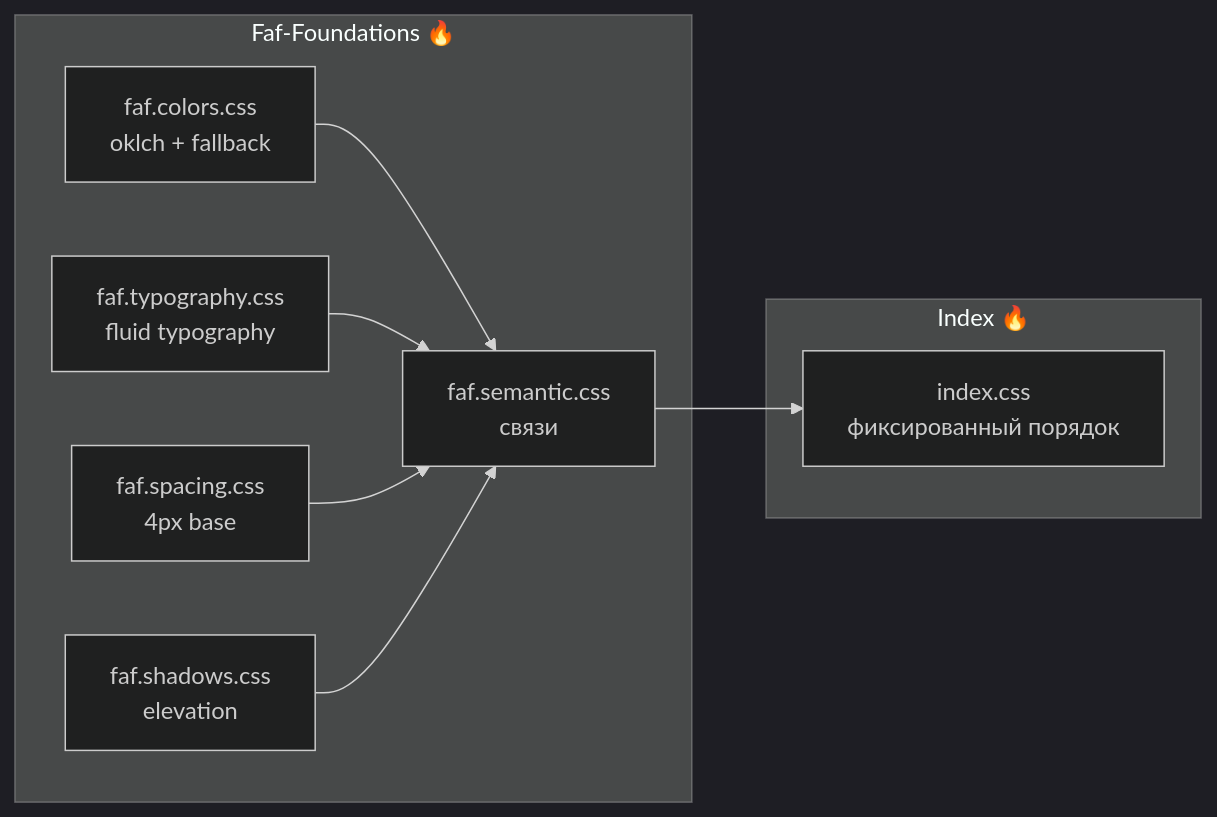
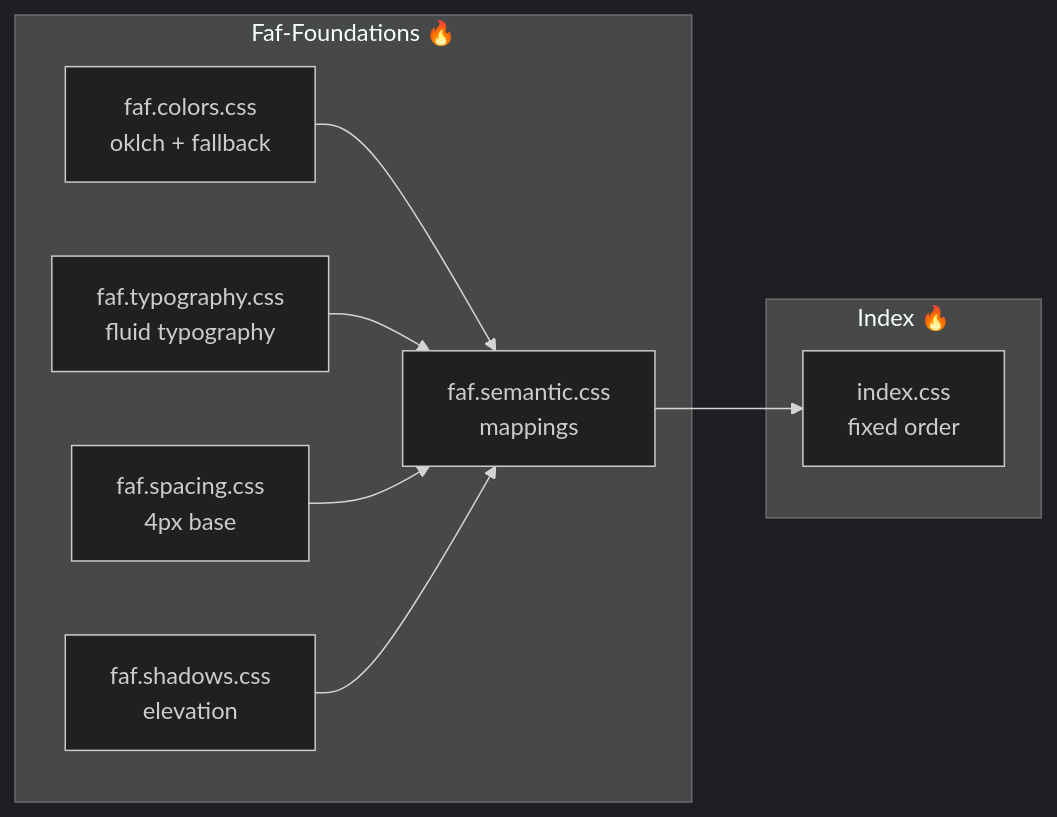
Before and after one commit to Kotrecon/faf-design-system: the second of 4 diagrams in packages/foundations/README.md, drawn with Mermaid (dark theme). The commit also changed other lines of this file and 1 other file, not shown here.

````diff
--- a/packages/foundations/README.md
+++ b/packages/foundations/README.md
@@ -102,21 +104,21 @@
 ```mermaid
 flowchart LR
     subgraph "Faf-Foundations 🔥"
         COLORS[faf.colors.css<br/>oklch + fallback]
         TYPO[faf.typography.css<br/>fluid typography]
         SPACE[faf.spacing.css<br/>4px base]
         SHADOWS[faf.shadows.css<br/>elevation]
-        SEMANTIC[faf.semantic.css<br/>связи]
+        SEMANTIC[faf.semantic.css<br/>mappings]
     end
 
     subgraph "Index 🔥"
-        INDEX[index.css<br/>фиксированный порядок]
+        INDEX[index.css<br/>fixed order]
     end
 
     COLORS --> SEMANTIC
     TYPO --> SEMANTIC
     SPACE --> SEMANTIC
     SHADOWS --> SEMANTIC
 
     SEMANTIC --> INDEX
 ```
````
